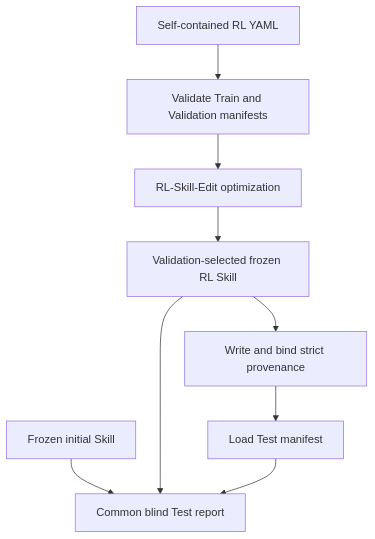
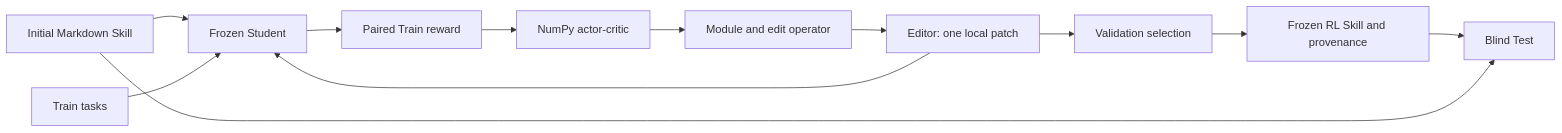
One commit to huangchenyi2002/RL-Skill-Edit changed the diagram in ARCHITECTURE.md. Above: the diagram before and after it, drawn with Mermaid. The commit also changed other lines of this file and 30 other files, not shown here.

````diff
--- a/ARCHITECTURE.md
+++ b/ARCHITECTURE.md
@@ -5,11 +5,14 @@
 ```mermaid
-flowchart TD
-    C["Self-contained RL YAML"] --> M["Validate Train and Validation manifests"]
-    M --> O["RL-Skill-Edit optimization"]
-    O --> F["Validation-selected frozen RL Skill"]
-    F --> P["Write and bind strict provenance"]
-    P --> T["Load Test manifest"]
-    I["Frozen initial Skill"] --> R["Common blind Test report"]
-    F --> R
-    T --> R
+flowchart LR
+    I["Initial Markdown Skill"] --> S["Frozen Student"]
+    TR["Train tasks"] --> S
+    S --> R["Paired Train reward"]
+    R --> P["NumPy actor-critic"]
+    P --> A["Module and edit operator"]
+    A --> E["Editor: one local patch"]
+    E --> S
+    E --> V["Validation selection"]
+    V --> F["Frozen RL Skill and provenance"]
+    F --> T["Blind Test"]
+    I --> T
 ```
````
